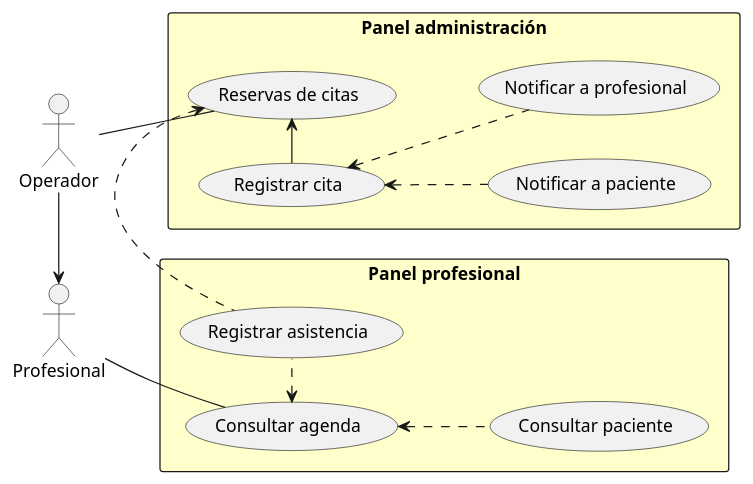
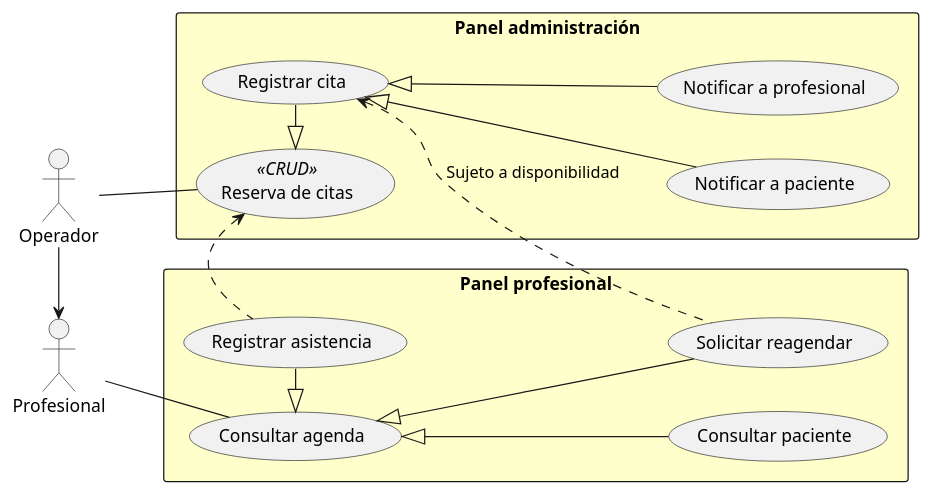
Before and after one commit to capsi-ucp/capsi-ucp.github.io: the diagram in ROOT/modules/proyecto/puml/citas-usecase.puml, drawn with PlantUML.

Commit message:
Caso de uso de lógica de negocio para la reserva de citas

```diff
--- a/ROOT/modules/proyecto/puml/citas-usecase.puml
+++ b/ROOT/modules/proyecto/puml/citas-usecase.puml
@@ -1,30 +1,34 @@
 @startuml
 left to right direction
 actor Operador
 actor Profesional
 
 rectangle "Panel administración" #BUSINESS {
-    usecase "Reservas de citas" as AdminCitas
+    usecase "Reserva de citas" <<CRUD>> as AdminCitas
     usecase "Registrar cita" as Citar
     usecase "Notificar a paciente" as NotificarPaciente
     usecase "Notificar a profesional" as NotificarProfesional
 }
 rectangle "Panel profesional" #BUSINESS {
     usecase "Consultar agenda" as Agenda
     usecase "Consultar paciente" as ConsultarPaciente
     usecase "Registrar asistencia" as Asistencia
+    usecase "Solicitar reagendar" as Reagendar
 }
 
-Citar -> AdminCitas
-Citar <.. NotificarPaciente
-Citar <.. NotificarProfesional
+AdminCitas <|- Citar
+Citar <|-- NotificarPaciente
+Citar <|-- NotificarProfesional
 
 AdminCitas <. Asistencia
-Agenda <. Asistencia
+Agenda <|- Asistencia
 
-Agenda <.. ConsultarPaciente
+Citar <.- Reagendar: Sujeto a disponibilidad
+Agenda <|-- Reagendar
+
+Agenda <|-- ConsultarPaciente
 
 Operador -> Profesional
 Operador -- AdminCitas
 Profesional -- Agenda
 @enduml
```
